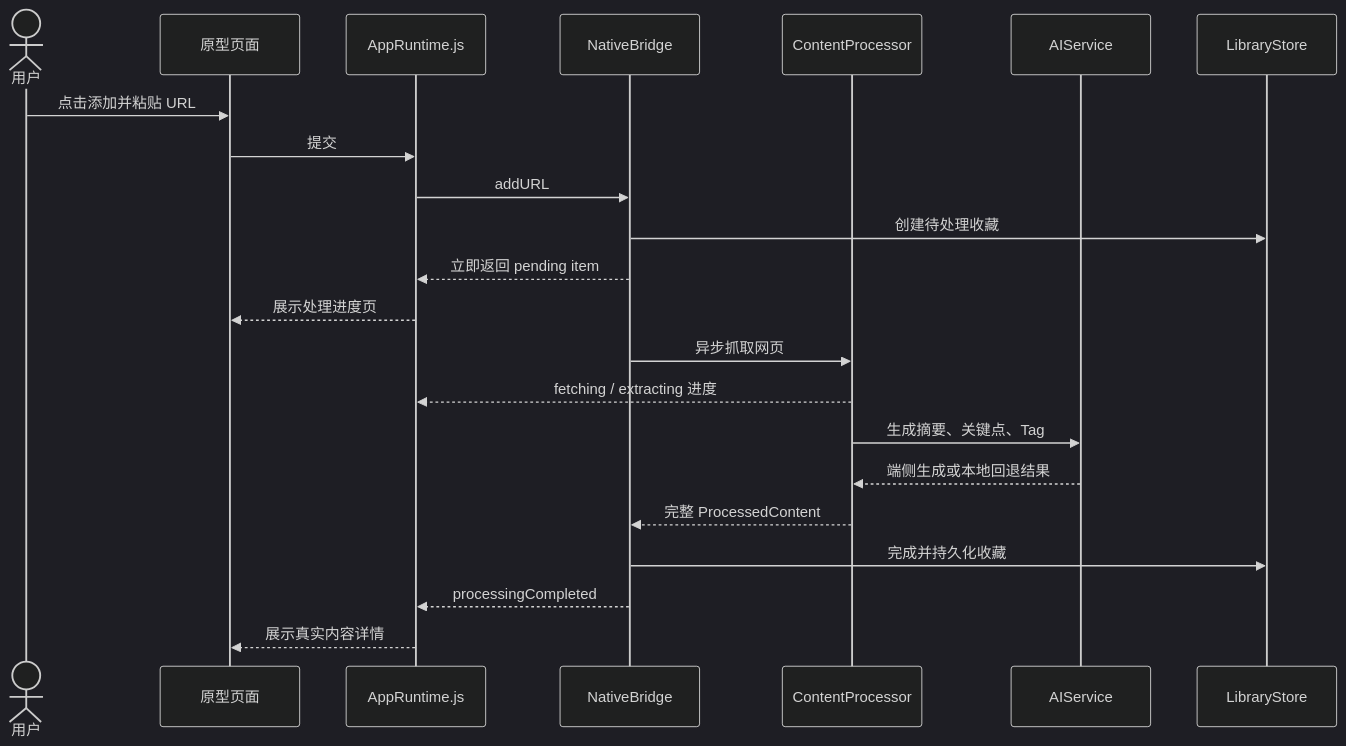
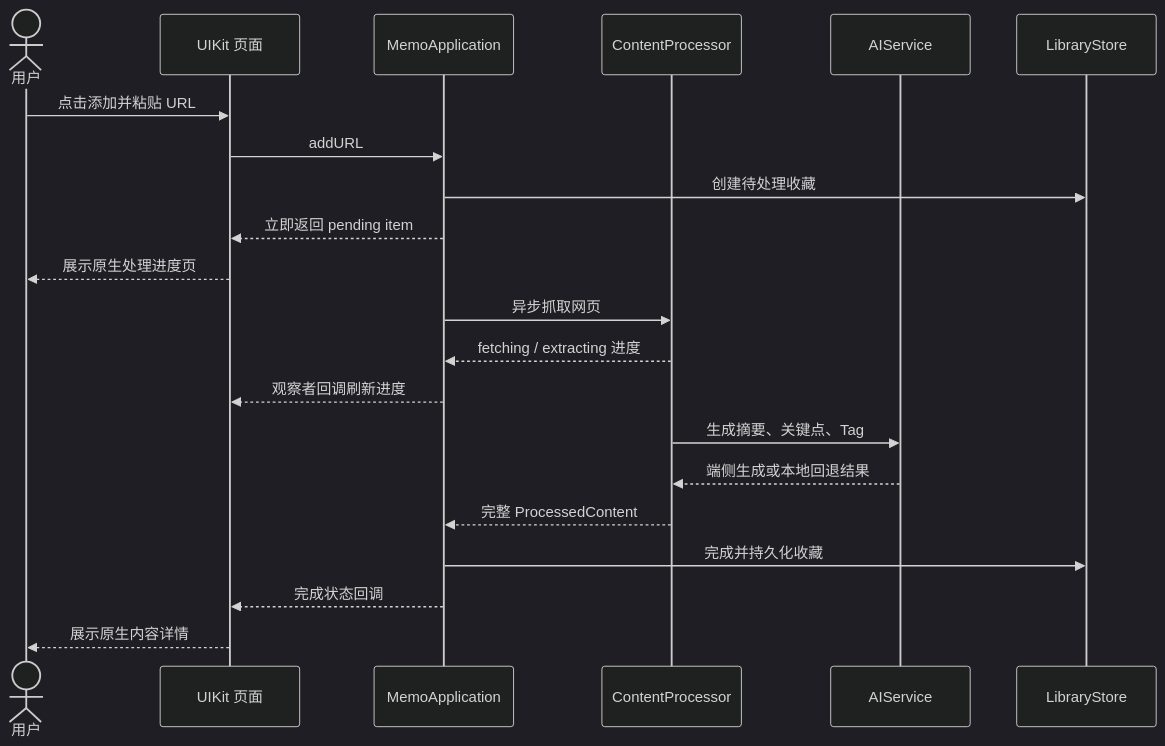
Before and after one commit to EaseLearnAI/Knowledge: the fifth of 6 diagrams in Memo完整技术方案与代码导览.md, drawn with Mermaid (dark theme). The commit also changed other lines of this file and 39 other files, not shown here.

Commit message:
Replace web prototype with native UIKit

````diff
--- a/Memo完整技术方案与代码导览.md
+++ b/Memo完整技术方案与代码导览.md
@@ -584,25 +562,24 @@
 ```mermaid
 sequenceDiagram
     actor U as 用户
-    participant UI as 原型页面
-    participant JS as AppRuntime.js
-    participant NB as NativeBridge
+    participant UI as UIKit 页面
+    participant APP as MemoApplication
     participant CP as ContentProcessor
     participant AI as AIService
     participant LS as LibraryStore
 
     U->>UI: 点击添加并粘贴 URL
-    UI->>JS: 提交
-    JS->>NB: addURL
-    NB->>LS: 创建待处理收藏
-    NB-->>JS: 立即返回 pending item
-    JS-->>UI: 展示处理进度页
-    NB->>CP: 异步抓取网页
-    CP-->>JS: fetching / extracting 进度
+    UI->>APP: addURL
+    APP->>LS: 创建待处理收藏
+    APP-->>UI: 立即返回 pending item
+    UI-->>U: 展示原生处理进度页
+    APP->>CP: 异步抓取网页
+    CP-->>APP: fetching / extracting 进度
+    APP-->>UI: 观察者回调刷新进度
     CP->>AI: 生成摘要、关键点、Tag
     AI-->>CP: 端侧生成或本地回退结果
-    CP-->>NB: 完整 ProcessedContent
-    NB->>LS: 完成并持久化收藏
-    NB-->>JS: processingCompleted
-    JS-->>UI: 展示真实内容详情
+    CP-->>APP: 完整 ProcessedContent
+    APP->>LS: 完成并持久化收藏
+    APP-->>UI: 完成状态回调
+    UI-->>U: 展示原生内容详情
 ```
````
